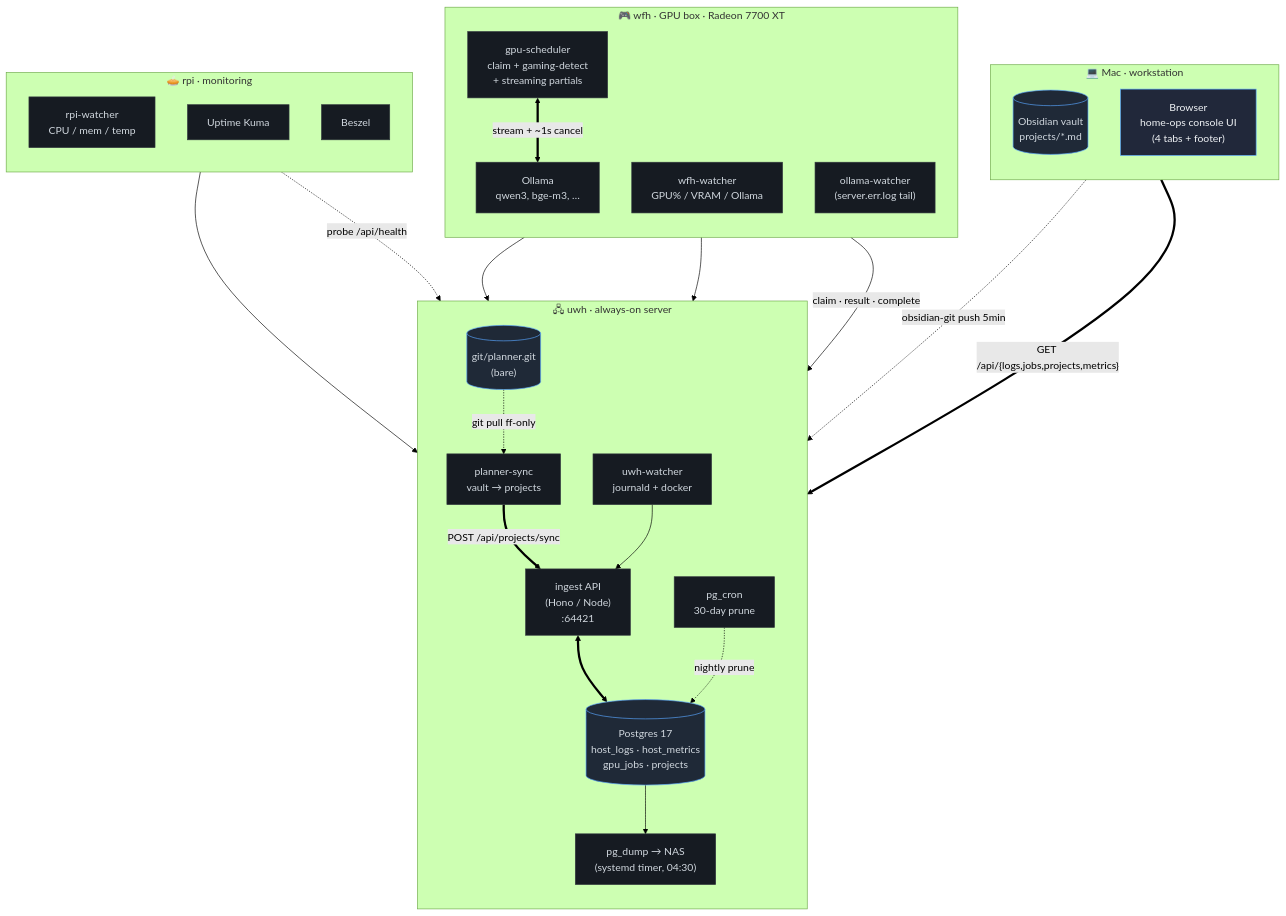
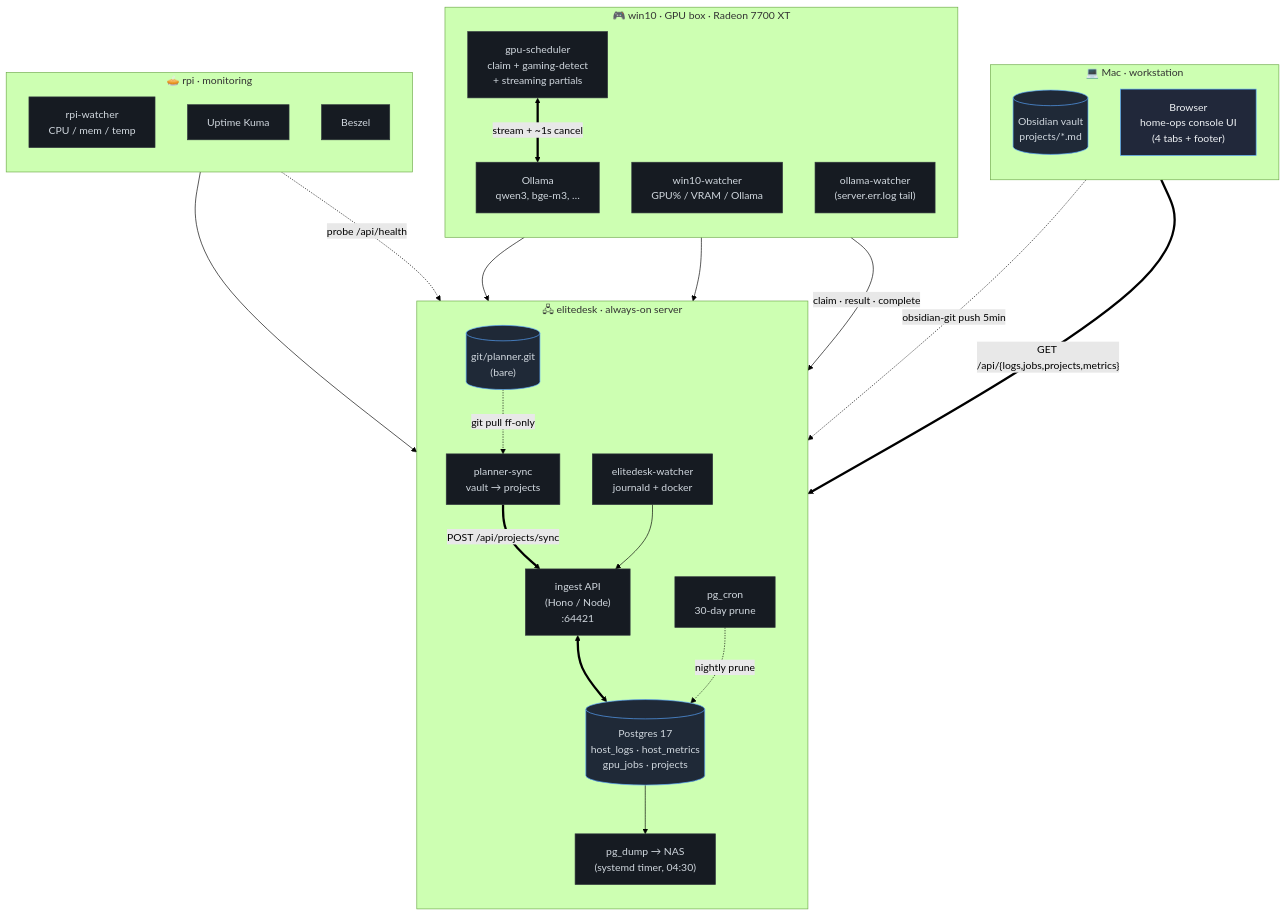
The diagram in docs/ARCHITECTURE.md (PiotrRomanczuk/home-ops), drawn with Mermaid (forest theme) before and after one commit. The commit also changed other lines of this file and 33 other files, not shown here.

````diff
--- a/docs/ARCHITECTURE.md
+++ b/docs/ARCHITECTURE.md
@@ -13,71 +13,71 @@
 ```mermaid
 graph TB
   %% ─────────── Mac ───────────
   subgraph mac["💻 Mac · workstation"]
     direction TB
     vault[("Obsidian vault<br/>projects/*.md")]
     browser["Browser<br/>home-ops console UI<br/>(4 tabs + footer)"]
   end
 
-  %% ─────────── uwh ───────────
-  subgraph uwh["🖧 uwh · always-on server"]
+  %% ─────────── elitedesk ───────────
+  subgraph elitedesk["🖧 elitedesk · always-on server"]
     direction TB
     pg[("Postgres 17<br/>host_logs · host_metrics<br/>gpu_jobs · projects")]
     ingest["ingest API<br/>(Hono / Node)<br/>:64421"]
-    uwh_watcher["uwh-watcher<br/>journald + docker"]
+    elitedesk_watcher["elitedesk-watcher<br/>journald + docker"]
     planner_sync["planner-sync<br/>vault → projects"]
     pg_cron["pg_cron<br/>30-day prune"]
     git_bare[("git/planner.git<br/>(bare)")]
     backup["pg_dump → NAS<br/>(systemd timer, 04:30)"]
   end
 
-  %% ─────────── wfh ───────────
-  subgraph wfh["🎮 wfh · GPU box · Radeon 7700 XT"]
+  %% ─────────── win10 ───────────
+  subgraph win10["🎮 win10 · GPU box · Radeon 7700 XT"]
     direction TB
     ollama["Ollama<br/>qwen3, bge-m3, …"]
     gpu_sched["gpu-scheduler<br/>claim + gaming-detect<br/>+ streaming partials"]
-    wfh_watcher["wfh-watcher<br/>GPU% / VRAM / Ollama"]
+    win10_watcher["win10-watcher<br/>GPU% / VRAM / Ollama"]
     ollama_watcher["ollama-watcher<br/>(server.err.log tail)"]
   end
 
   %% ─────────── rpi ───────────
   subgraph rpi["🥧 rpi · monitoring"]
     direction TB
     rpi_watcher["rpi-watcher<br/>CPU / mem / temp"]
     kuma["Uptime Kuma"]
     beszel["Beszel"]
   end
 
   %% ─── Vault sync (every 60s) ───
   vault -. obsidian-git push 5min .-> git_bare
   git_bare -. git pull ff-only .-> planner_sync
   planner_sync == "POST /api/projects/sync" ==> ingest
 
   %% ─── Log + metric shipping (batched, 2s window) ───
-  uwh_watcher --> ingest
-  wfh_watcher --> ingest
+  elitedesk_watcher --> ingest
+  win10_watcher --> ingest
   ollama_watcher --> ingest
   rpi_watcher --> ingest
 
   %% ─── GPU job lifecycle ───
   gpu_sched -- "claim · result · complete" --> ingest
   gpu_sched <== stream + ~1s cancel ==> ollama
 
   %% ─── Storage + retention ───
   ingest <==> pg
   pg_cron -. nightly prune .-> pg
   pg --> backup
 
   %% ─── Reads ───
   browser == "GET /api/{logs,jobs,projects,metrics}" ==> ingest
 
   %% ─── External health probes ───
   kuma -. probe /api/health .-> ingest
 
   classDef store fill:#1f2937,stroke:#58a6ff,color:#d0d7de
   classDef service fill:#161b22,stroke:#30363d,color:#d0d7de
   classDef human fill:#21283a,stroke:#58a6ff,color:#f0f3f6
   class pg,git_bare,vault store
   class browser human
-  class ingest,uwh_watcher,planner_sync,pg_cron,backup,ollama,gpu_sched,wfh_watcher,ollama_watcher,rpi_watcher,kuma,beszel service
+  class ingest,elitedesk_watcher,planner_sync,pg_cron,backup,ollama,gpu_sched,win10_watcher,ollama_watcher,rpi_watcher,kuma,beszel service
 ```
````
